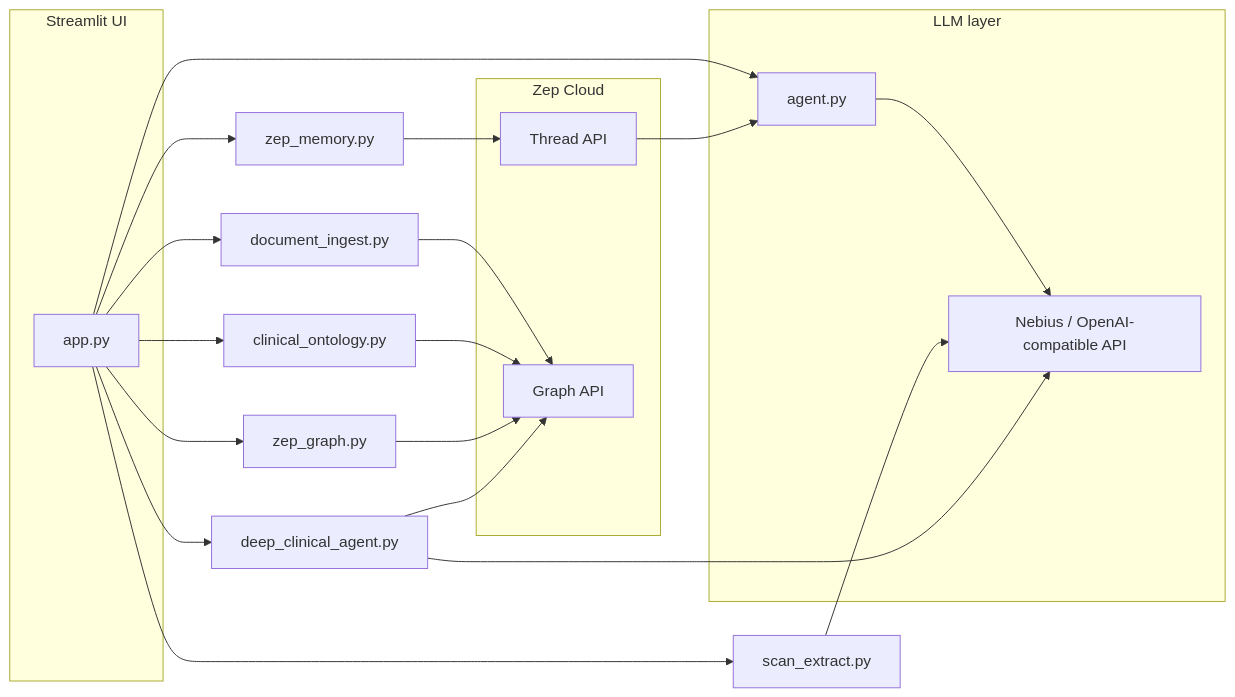
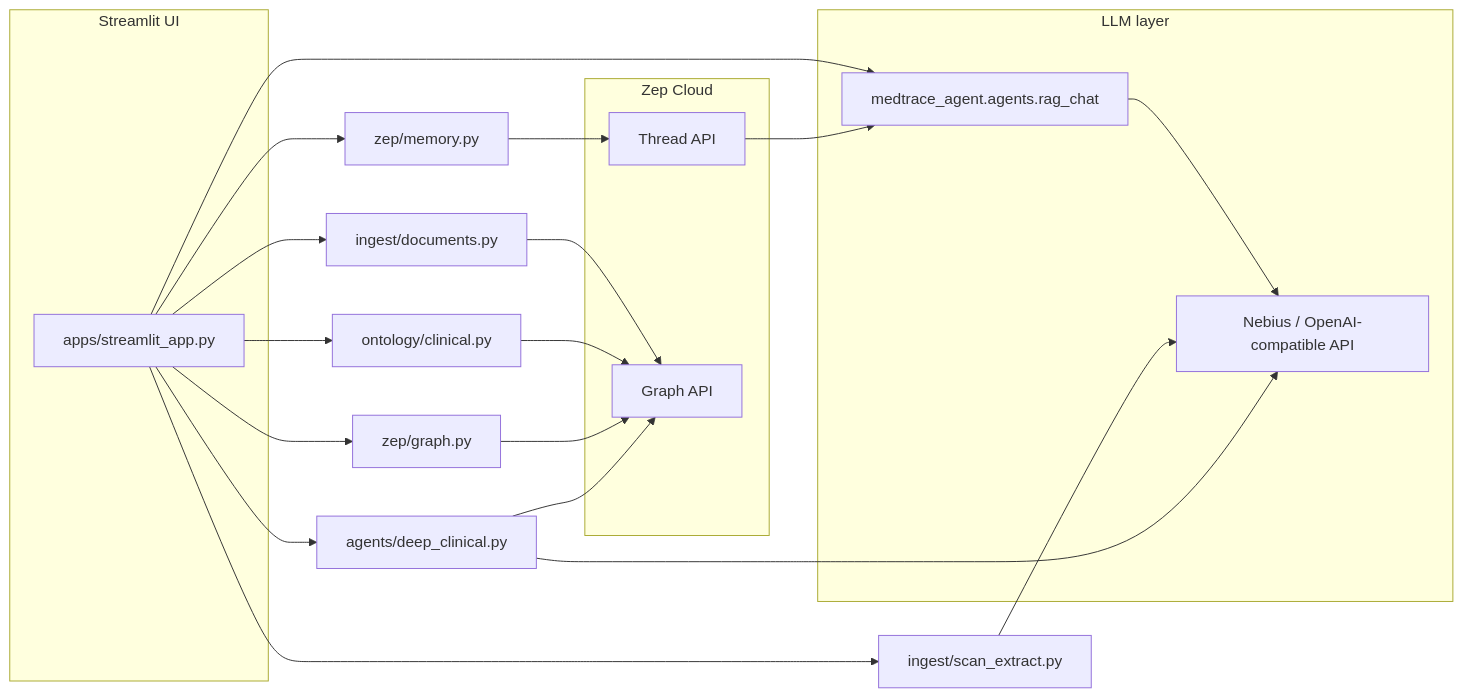
Before and after one commit to pramodthe/MedTrace-AI: the first of 3 diagrams in README.md, drawn with Mermaid. The commit also changed other lines of this file and 29 other files, not shown here.

First line of the commit message:
Restructure backend as installable package and harden Deep Agent session binding

````diff
--- a/README.md
+++ b/README.md
@@ -13,30 +13,30 @@
 ```mermaid
 flowchart LR
   subgraph ui [Streamlit UI]
-    APP[app.py]
+    APP[apps/streamlit_app.py]
   end
   subgraph llm [LLM layer]
-    AG[agent.py]
+    AG[medtrace_agent.agents.rag_chat]
     NEB[Nebius / OpenAI-compatible API]
   end
   subgraph zep [Zep Cloud]
     TH[Thread API]
     GR[Graph API]
   end
   APP --> AG
   AG --> NEB
-  APP --> ZM[zep_memory.py]
-  APP --> ZG[zep_graph.py]
-  APP --> DOC[document_ingest.py]
-  APP --> SCAN[scan_extract.py]
-  APP --> ONTO[clinical_ontology.py]
-  APP --> DCA[deep_clinical_agent.py]
+  APP --> ZM[zep/memory.py]
+  APP --> ZG[zep/graph.py]
+  APP --> DOC[ingest/documents.py]
+  APP --> SCAN[ingest/scan_extract.py]
+  APP --> ONTO[ontology/clinical.py]
+  APP --> DCA[agents/deep_clinical.py]
   ZM --> TH
   DOC --> GR
   SCAN --> NEB
   ONTO --> GR
   ZG --> GR
   TH --> AG
   DCA --> NEB
   DCA --> GR
 ```
````
